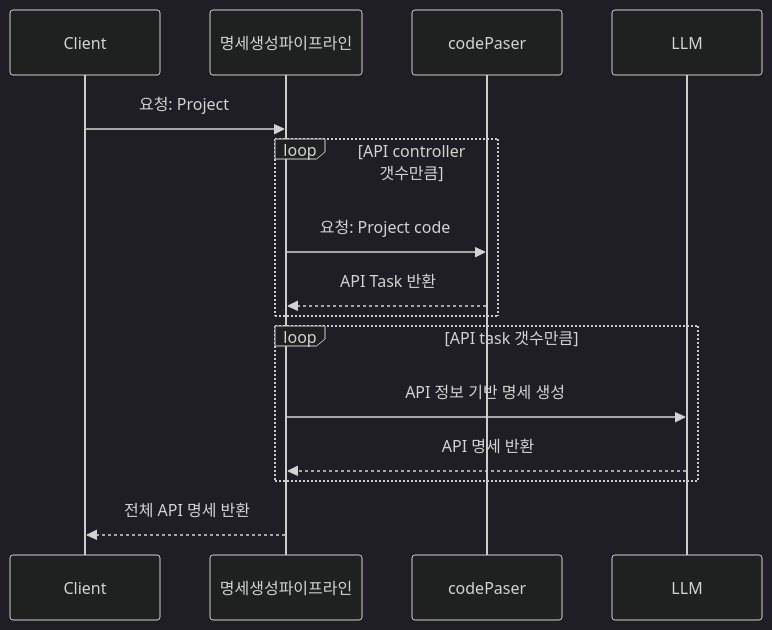
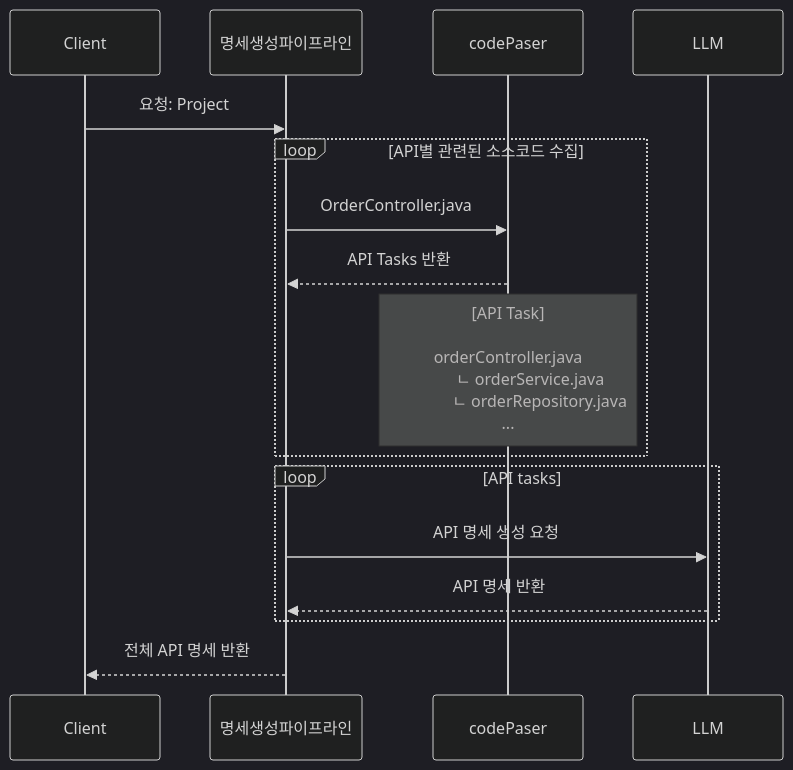
Before and after one commit to APIDOC43/SpringBoot-Saas: the first of 3 diagrams in README.md, drawn with Mermaid (dark theme). The commit also changed other lines of this file, not shown here.

````diff
--- a/README.md
+++ b/README.md
@@ -19,21 +20,25 @@
 ```mermaid
+
 sequenceDiagram
    participant Client as Client
    participant Pipeline as 명세생성파이프라인
    participant Collector as codePaser
    participant LLM as LLM
    
    Client ->> Pipeline: 요청: Project
-    loop API controller 갯수만큼
-   Pipeline ->> Collector: 요청: Project code
+    loop API별 관련된 소스코드 수집
+   Pipeline ->> Collector: OrderController.java
    
-   Collector -->> Pipeline: API Task 반환
+   Collector -->> Pipeline: API Tasks 반환
+   note over Collector: [API Task]<br><br>orderController.java <br> ㅤㅤㅤㄴ orderService.java <br>  ㅤㅤ ㅤㅤㄴ orderRepository.java <br>...
+        
        end
-   loop API task 갯수만큼
-       Pipeline ->> LLM: API 정보 기반 명세 생성
+   loop API tasks
+       Pipeline ->> LLM: API 명세 생성 요청
        
        LLM -->> Pipeline: API 명세 반환
    end
    
    Pipeline -->> Client: 전체 API 명세 반환
+
 ```
````
